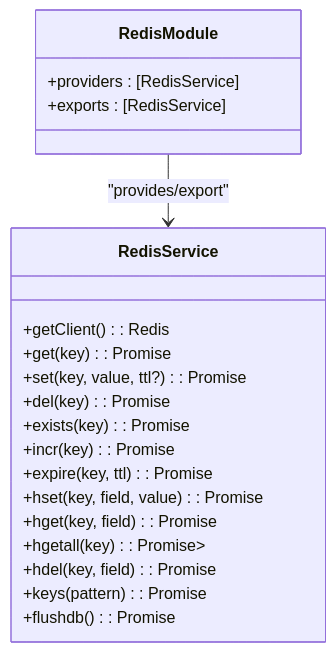
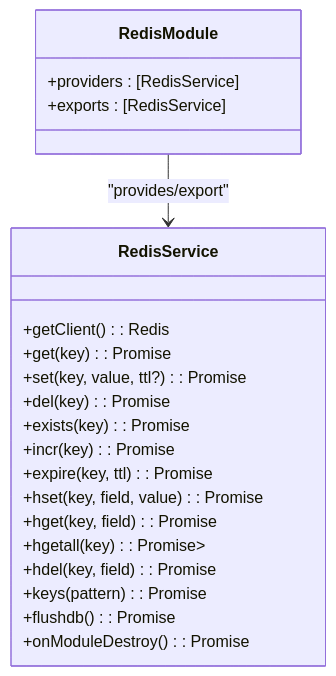
One commit to Avi-Bendetsky/Quiz-to-build changed the third of 6 diagrams in .qoder/repowiki/en/content/Shared Libraries/Redis Library.md. Above: the diagram before and after it, drawn with Mermaid. The commit also changed other lines of this file and 41 other files, not shown here.

````diff
--- a/.qoder/repowiki/en/content/Shared Libraries/Redis Library.md
+++ b/.qoder/repowiki/en/content/Shared Libraries/Redis Library.md
@@ -122,23 +131,24 @@
 ```mermaid
 classDiagram
 class RedisModule {
 +providers : [RedisService]
 +exports : [RedisService]
 }
 class RedisService {
 +getClient() : Redis
 +get(key) : Promise<string|null>
 +set(key, value, ttl?) : Promise<void>
 +del(key) : Promise<void>
 +exists(key) : Promise<boolean>
 +incr(key) : Promise<number>
 +expire(key, ttl) : Promise<void>
 +hset(key, field, value) : Promise<void>
 +hget(key, field) : Promise<string|null>
 +hgetall(key) : Promise<Record<string,string>>
 +hdel(key, field) : Promise<void>
 +keys(pattern) : Promise<string[]>
 +flushdb() : Promise<void>
++onModuleDestroy() : Promise<void>
 }
 RedisModule --> RedisService : "provides/export"
 ```
````
